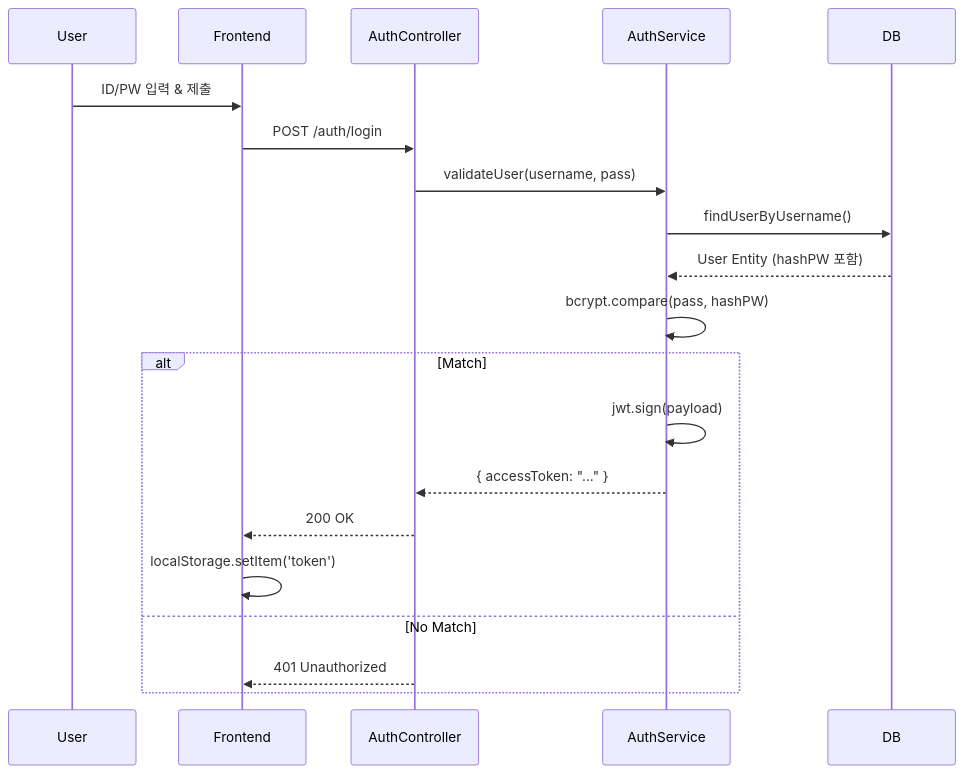
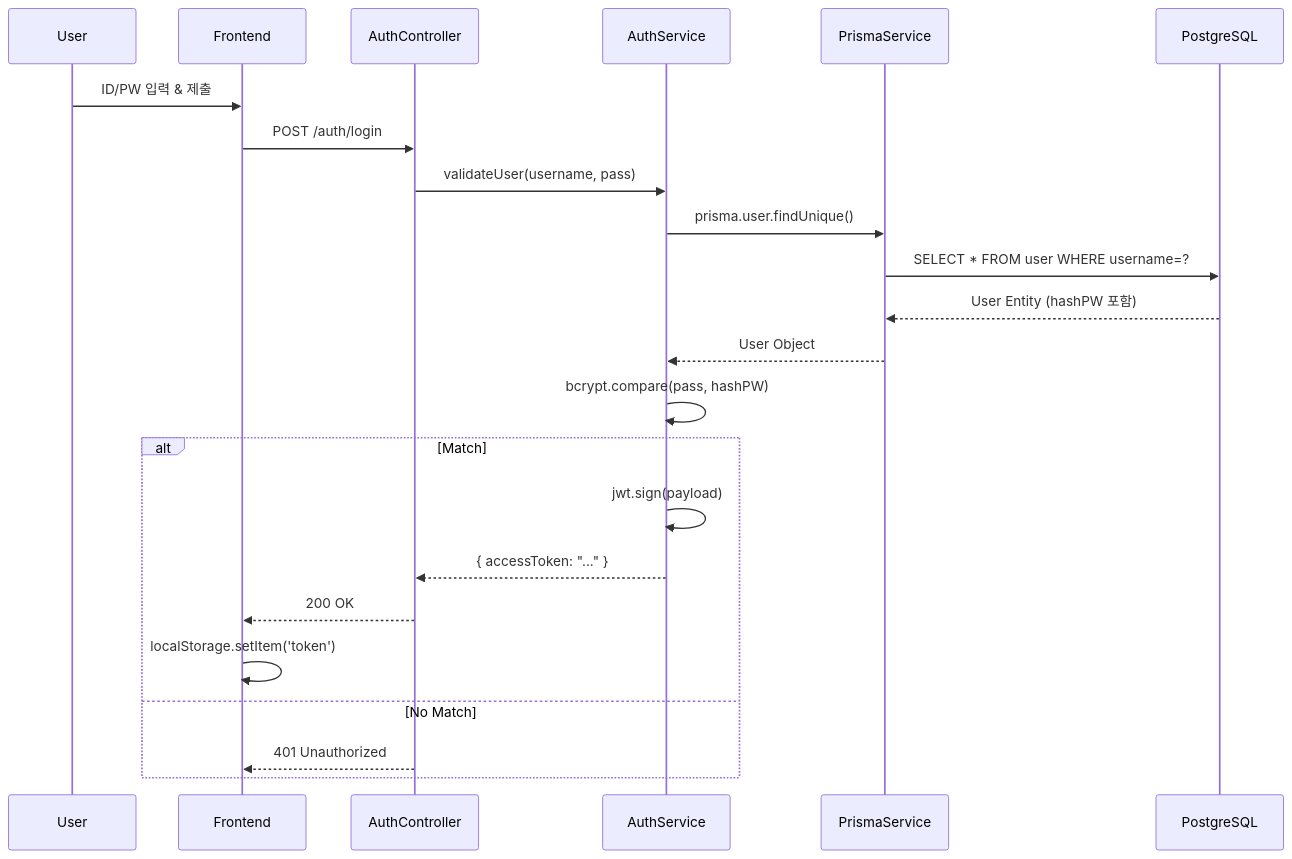
Before and after one commit to YunTaeeun/jungle-14: the second of 3 diagrams in mds/CODE_WIKI.md, drawn with Mermaid. The commit also changed other lines of this file and 35 other files, not shown here.

````diff
--- a/mds/CODE_WIKI.md
+++ b/mds/CODE_WIKI.md
@@ -177,26 +312,29 @@
 ```mermaid
 sequenceDiagram
     participant User
     participant Frontend
     participant AuthController
     participant AuthService
-    participant DB
+    participant PrismaService
+    participant PostgreSQL
 
     User->>Frontend: ID/PW 입력 & 제출
     Frontend->>AuthController: POST /auth/login
     AuthController->>AuthService: validateUser(username, pass)
     
-    AuthService->>DB: findUserByUsername()
-    DB-->>AuthService: User Entity (hashPW 포함)
+    AuthService->>PrismaService: prisma.user.findUnique()
+    PrismaService->>PostgreSQL: SELECT * FROM user WHERE username=?
+    PostgreSQL-->>PrismaService: User Entity (hashPW 포함)
+    PrismaService-->>AuthService: User Object
     
     AuthService->>AuthService: bcrypt.compare(pass, hashPW)
     
     alt Match
         AuthService->>AuthService: jwt.sign(payload)
         AuthService-->>AuthController: { accessToken: "..." }
         AuthController-->>Frontend: 200 OK
         Frontend->>Frontend: localStorage.setItem('token')
     else No Match
         AuthController-->>Frontend: 401 Unauthorized
     end
 ```
````
